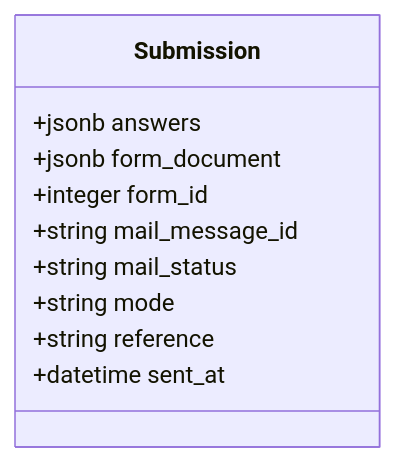
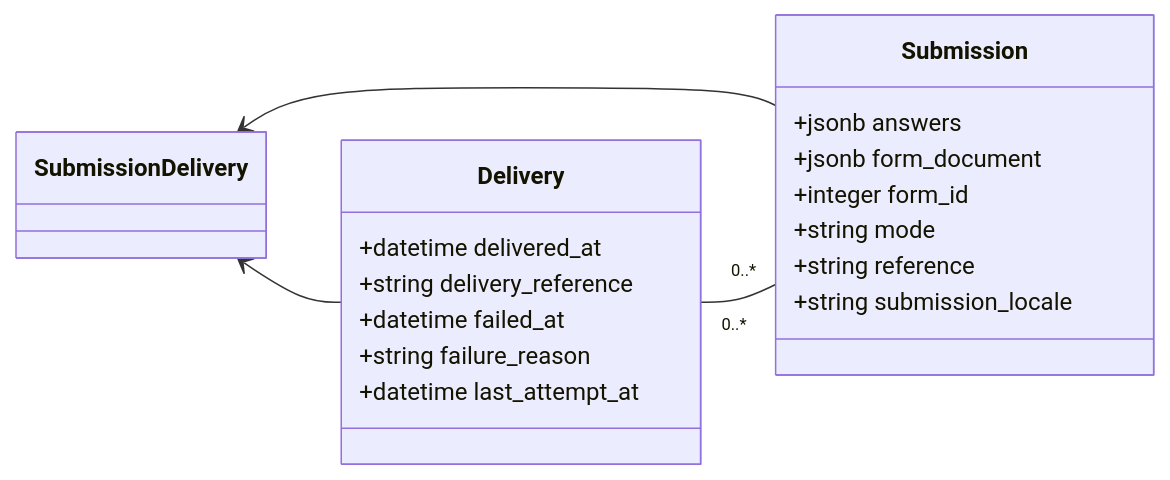
Before and after one commit to alphagov/forms: the diagram in diagrams/class-diagrams/runner.md, drawn with Mermaid.

Commit message:
Update forms-runner class diagram

````diff
--- a/diagrams/class-diagrams/runner.md
+++ b/diagrams/class-diagrams/runner.md
@@ -8,13 +8,21 @@
 ```mermaid
 classDiagram
-	direction RL
-	class `Submission`
-	`Submission` : +jsonb answers
-	`Submission` : +jsonb form_document
-	`Submission` : +integer form_id
-	`Submission` : +string mail_message_id
-	`Submission` : +string mail_status
-	`Submission` : +string mode
-	`Submission` : +string reference
-	`Submission` : +datetime sent_at
+    direction RL
+    class `Delivery`
+    `Delivery` : +datetime delivered_at
+    `Delivery` : +string delivery_reference
+    `Delivery` : +datetime failed_at
+    `Delivery` : +string failure_reason
+    `Delivery` : +datetime last_attempt_at
+    class `Submission`
+    `Submission` : +jsonb answers
+    `Submission` : +jsonb form_document
+    `Submission` : +integer form_id
+    `Submission` : +string mode
+    `Submission` : +string reference
+    `Submission` : +string submission_locale
+    class `SubmissionDelivery`
+    `Submission` --> `SubmissionDelivery`
+    `Delivery` --> `SubmissionDelivery`
+    `Submission` "0..*" -- "0..*" `Delivery`
   ```
````
